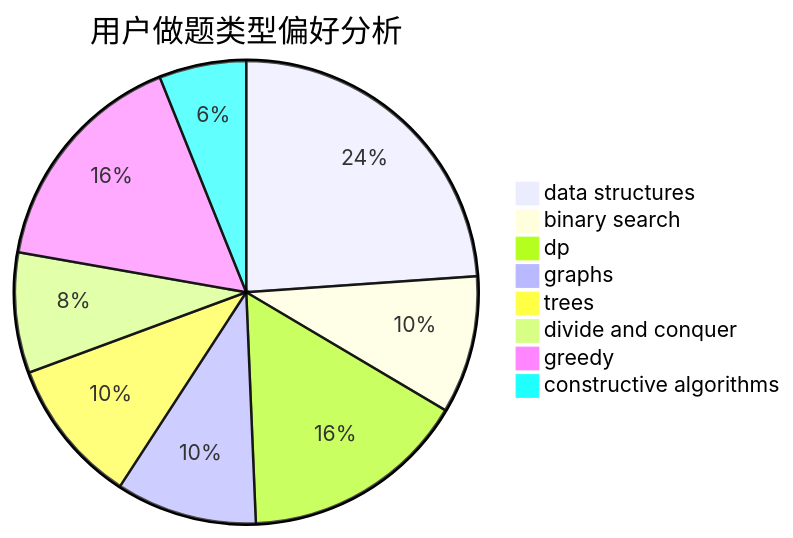
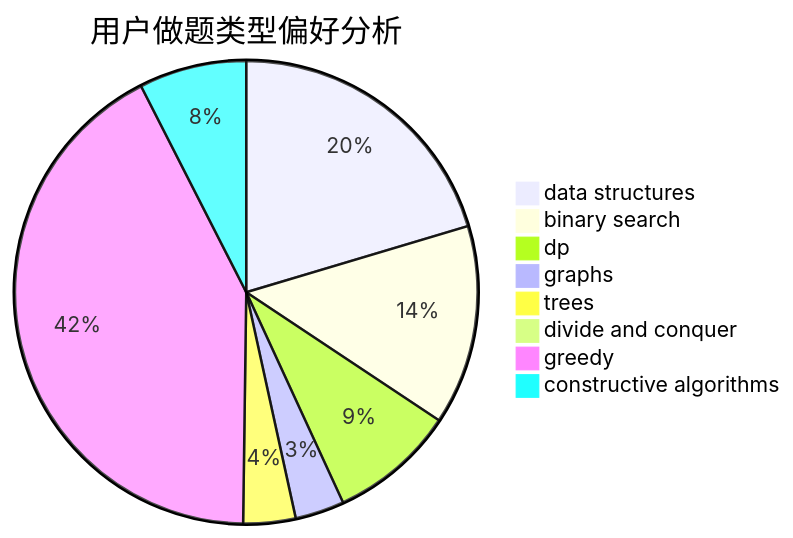
The second of 3 diagrams in docs/user/u563.md (sherpahu/cfrs.github.io), drawn with Mermaid before and after one commit. The commit also changed other lines of this file and 2770 other files, not shown here.

````diff
--- a/docs/user/u563.md
+++ b/docs/user/u563.md
@@ -23,11 +23,11 @@
 ```mermaid
 pie title 用户做题类型偏好分析
-    "data structures" :  216
-    "binary search" :  87
-    "dp" :  143
-    "graphs" :  89
-    "trees" :  92
-    "divide and conquer" :  76
-    "greedy" :  146
-    "constructive algorithms" :  55
+    "data structures" :  95
+    "binary search" :  65
+    "dp" :  41
+    "graphs" :  16
+    "trees" :  17
+    "divide and conquer" :  0
+    "greedy" :  197
+    "constructive algorithms" :  35
 ```
````
